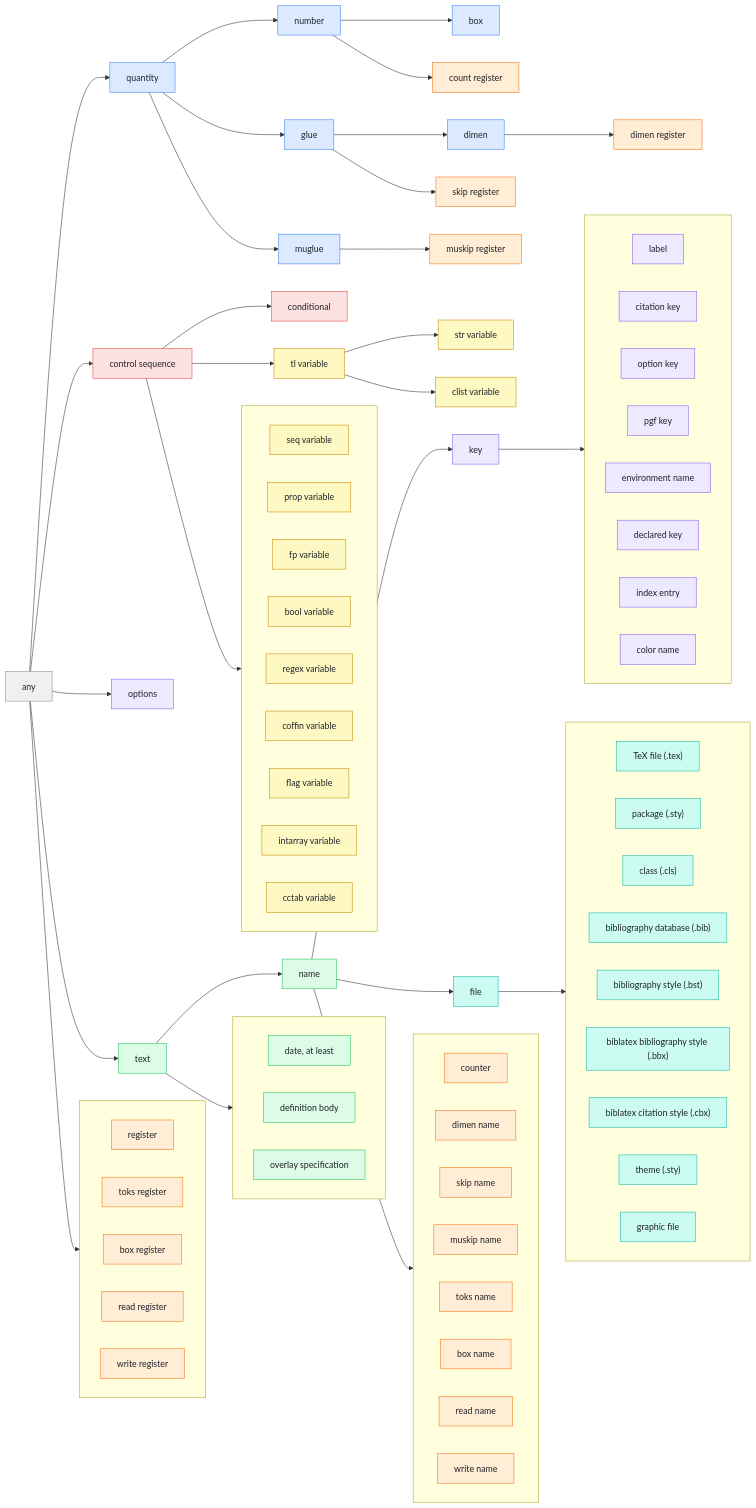
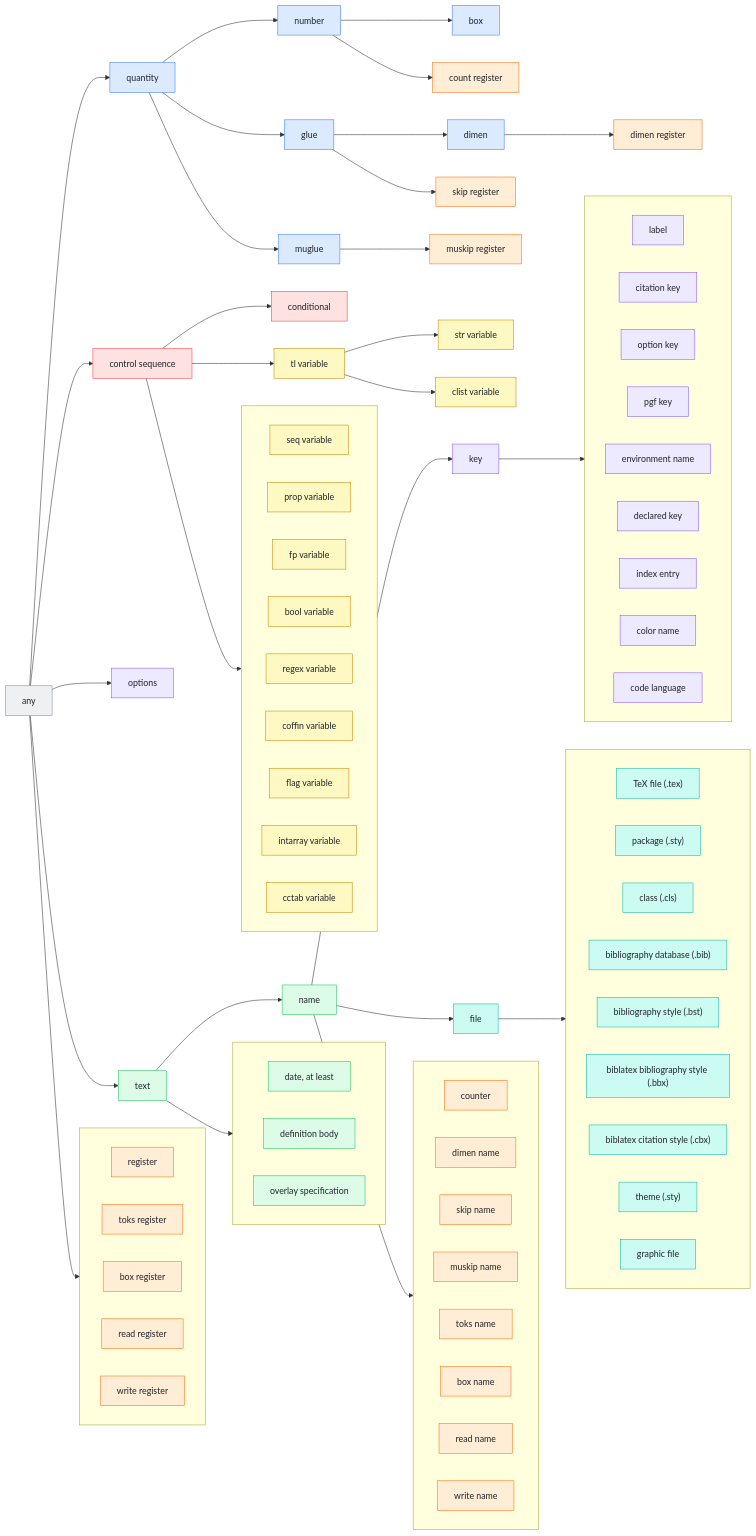
Before and after one commit to EagleoutIce/satex-analyzer: the diagram in doc/wiki/domains.md, drawn with Mermaid. The commit also changed 14 other files, not shown here.

```diff
--- a/doc/wiki/domains.md
+++ b/doc/wiki/domains.md
@@ -318,16 +318,17 @@
   t50["declared key"]:::key
   t51["index entry"]:::key
   t52["color name"]:::key
-  t53["file"]:::file
-  t54["TeX file (.tex)"]:::file
-  t55["package (.sty)"]:::file
-  t56["class (.cls)"]:::file
-  t57["bibliography database (.bib)"]:::file
-  t58["bibliography style (.bst)"]:::file
-  t59["biblatex bibliography style (.bbx)"]:::file
-  t60["biblatex citation style (.cbx)"]:::file
-  t61["theme (.sty)"]:::file
-  t62["graphic file"]:::file
+  t53["code language"]:::key
+  t54["file"]:::file
+  t55["TeX file (.tex)"]:::file
+  t56["package (.sty)"]:::file
+  t57["class (.cls)"]:::file
+  t58["bibliography database (.bib)"]:::file
+  t59["bibliography style (.bst)"]:::file
+  t60["biblatex bibliography style (.bbx)"]:::file
+  t61["biblatex citation style (.cbx)"]:::file
+  t62["theme (.sty)"]:::file
+  t63["graphic file"]:::file
   subgraph g0_register[" "]
     direction LR
     t7
@@ -379,11 +380,11 @@
     t50
     t51
     t52
+    t53
   end
   t44 --> g44_key
-  subgraph g53_file[" "]
+  subgraph g54_file[" "]
     direction LR
-    t54
     t55
     t56
     t57
@@ -392,8 +393,9 @@
     t60
     t61
     t62
+    t63
   end
-  t53 --> g53_file
+  t54 --> g54_file
   t0 --> t1
   t1 --> t2
   t4 --> t3
@@ -413,7 +415,7 @@
   t4 --> t30
   t5 --> t31
   t13 --> t44
-  t13 --> t53
+  t13 --> t54
   classDef top fill:#eef0f2,stroke:#8a8f98,color:#1f2328
   classDef quantity fill:#dbeafe,stroke:#3b82f6,color:#1f2328
   classDef register fill:#ffedd5,stroke:#f97316,color:#1f2328
```
